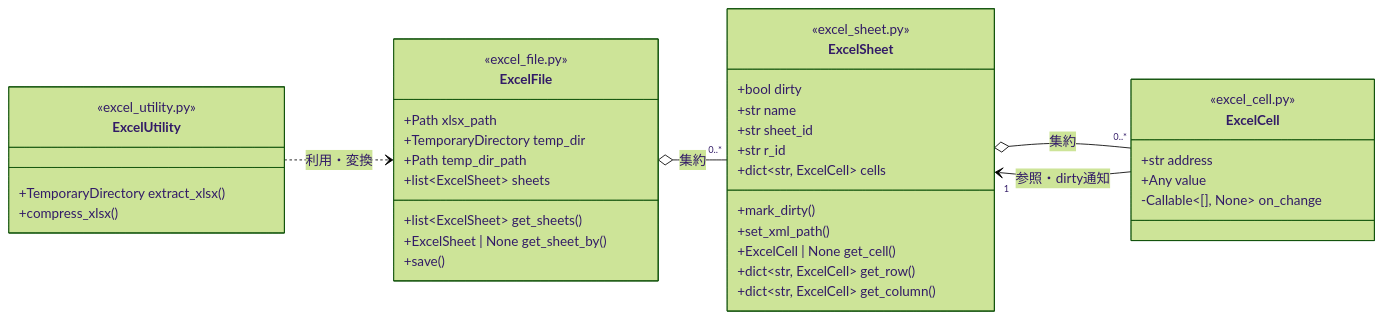
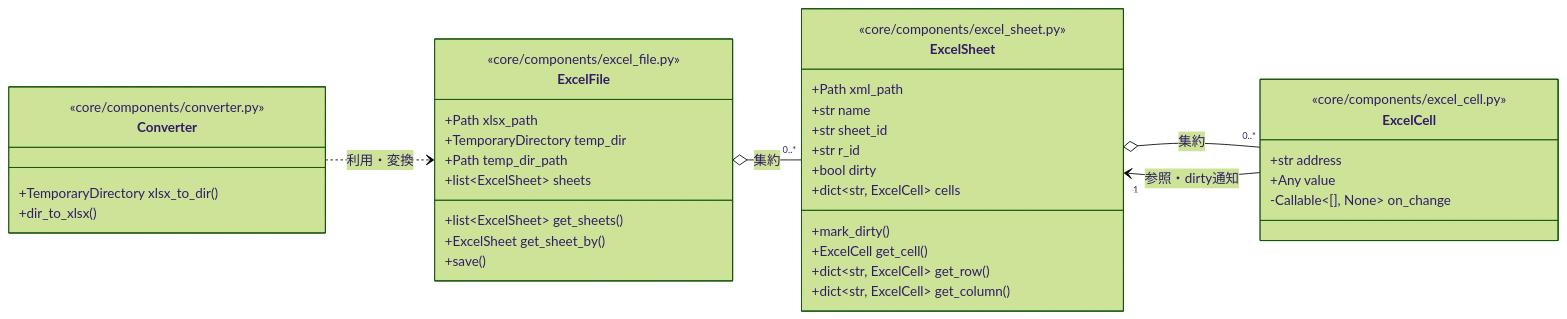
One commit to kzynamiki/xlsxpy changed the diagram in README.md. Above: the diagram before and after it, drawn with Mermaid (forest theme). The commit also changed other lines of this file, not shown here.

Commit message:
docs: 参考文献の追加と構造変更のためにmermaidを修正

````diff
--- a/README.md
+++ b/README.md
@@ -40,50 +48,50 @@
 ```mermaid
 classDiagram
     direction LR
 
     class ExcelFile {
-        <<excel_file.py>>
+        <<core/components/excel_file.py>>
         +Path xlsx_path
         +TemporaryDirectory temp_dir
         +Path temp_dir_path
         +list~ExcelSheet~ sheets
 
         +list~ExcelSheet~ get_sheets()
-        +ExcelSheet | None get_sheet_by()
+        +ExcelSheet get_sheet_by()
         +save()
     }
 
     class ExcelSheet {
-        <<excel_sheet.py>>
-        +bool dirty
+        <<core/components/excel_sheet.py>>
+        +Path xml_path
         +str name
         +str sheet_id
         +str r_id
+        +bool dirty
         +dict~str, ExcelCell~ cells
 
         +mark_dirty()
-        +set_xml_path()
-        +ExcelCell | None get_cell()
+        +ExcelCell get_cell()
         +dict~str, ExcelCell~ get_row()
         +dict~str, ExcelCell~ get_column()
     }
 
     class ExcelCell {
-        <<excel_cell.py>>
+        <<core/components/excel_cell.py>>
         +str address
         +Any value
         -Callable~[], None~ on_change
     }
 
-    class ExcelUtility {
-        <<excel_utility.py>>
+    class Converter {
+        <<core/components/converter.py>>
 
-        +TemporaryDirectory extract_xlsx()
-        +compress_xlsx()
+        +TemporaryDirectory xlsx_to_dir()
+        +dir_to_xlsx()
     }
 
     ExcelFile o-- "0..*" ExcelSheet : 集約
     ExcelSheet o-- "0..*" ExcelCell : 集約
     ExcelCell --> "1" ExcelSheet : 参照・dirty通知
-    ExcelUtility ..> ExcelFile : 利用・変換
+    Converter ..> ExcelFile : 利用・変換
 ```
````
